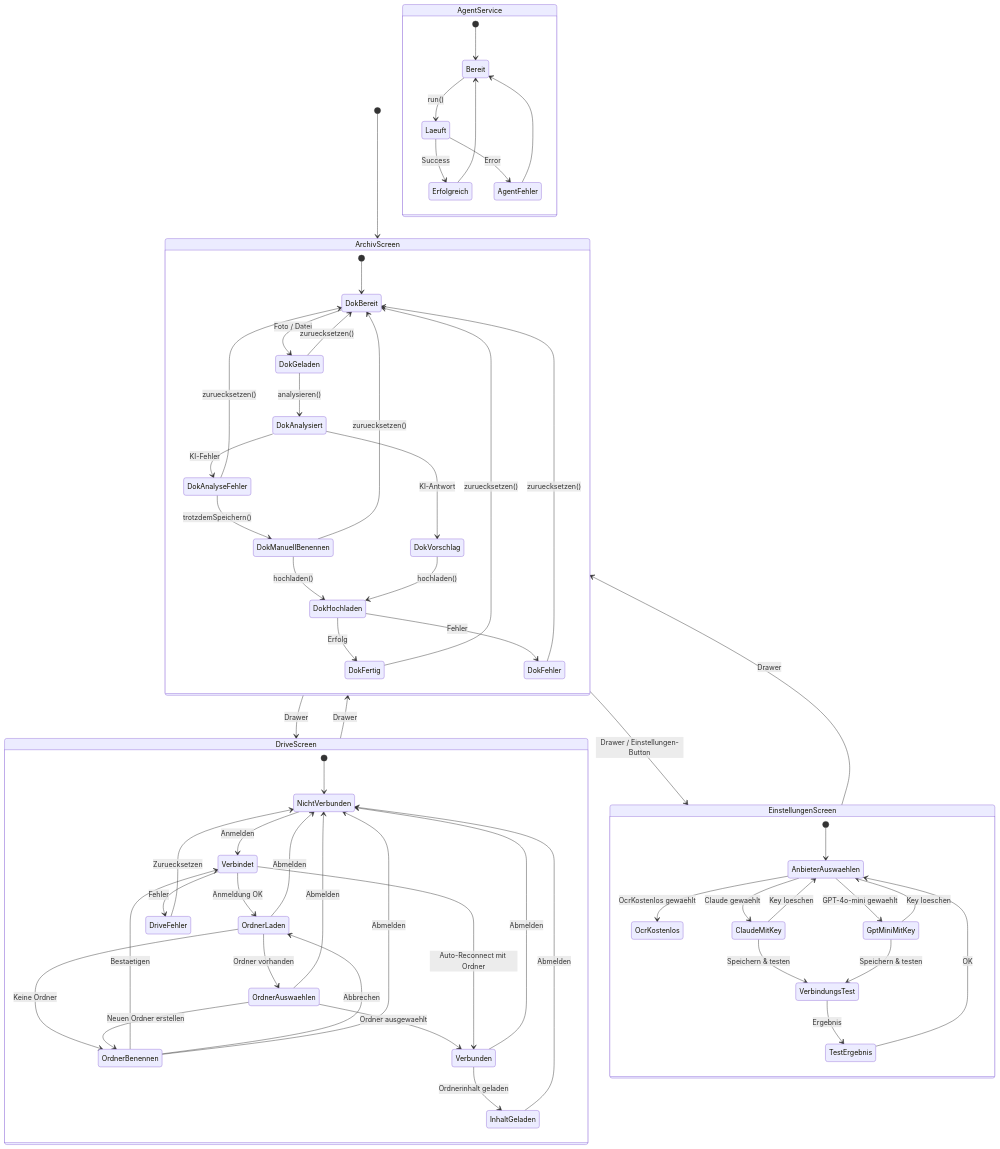
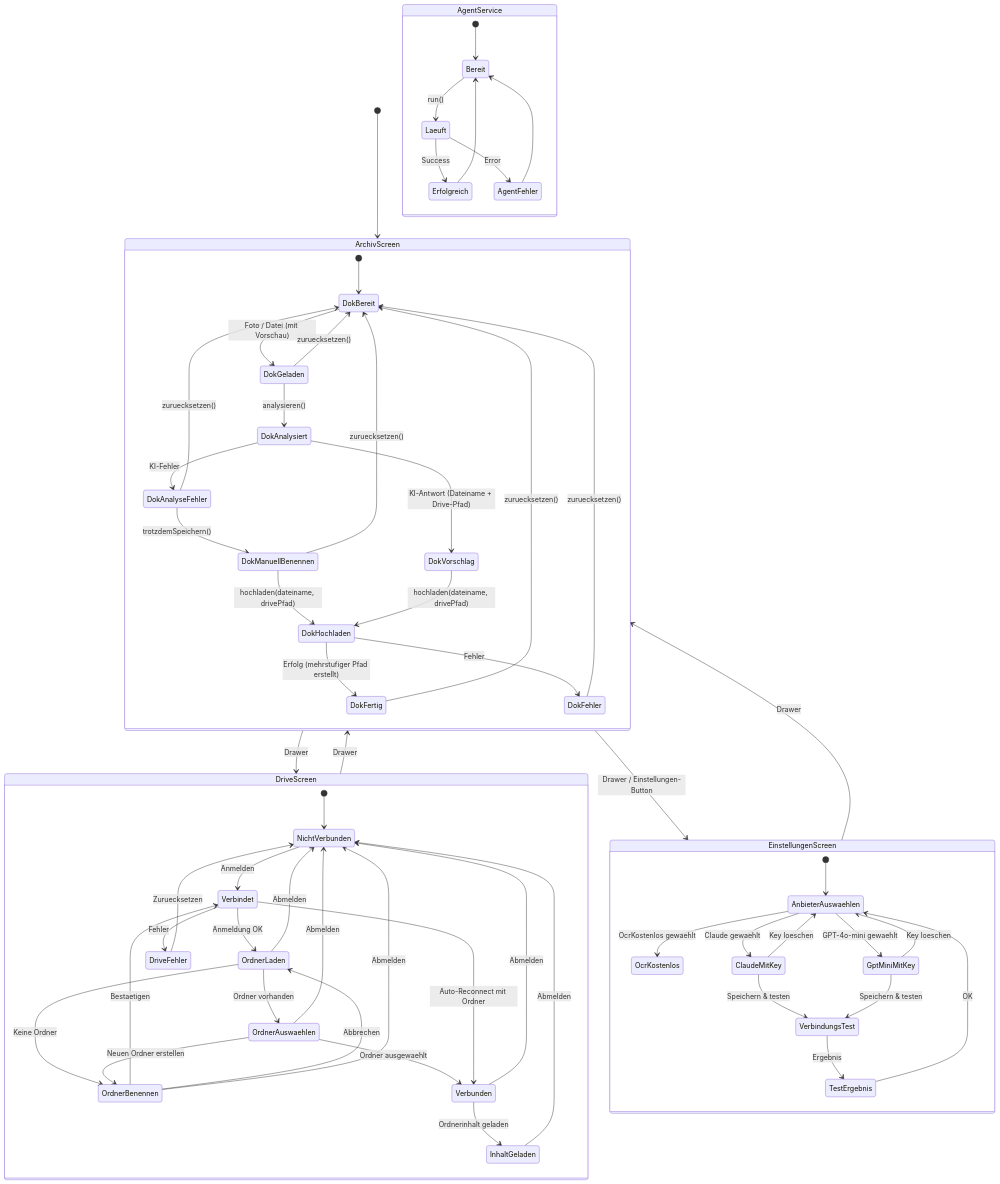
The diagram in docs/state-diagram.mmd (chrismeyer10/PhotoDrop), drawn with Mermaid before and after one commit. The commit also changed 13 other files, not shown here.

First line of the commit message:
feat: Dokumentvorschau, Drive-Pfad-Vorschlag und GPT-Free-Tier-Hinweis (#35)

```diff
--- a/docs/state-diagram.mmd
+++ b/docs/state-diagram.mmd
@@ -1,73 +1,73 @@
 %% PhotoDrop — Gesamt State Diagram
 %% Pflege: Bei jeder Aufgabe aktualisieren wenn sich Zustaende, Screens oder Flows aendern.
 %% Zeigt: App-Navigation, Screen-Zustaende, DriveViewModel-Zustaende, AgentService-Zustaende.
 %% Detail-Diagramme: drive-state-diagram.mmd, navigation-state-diagram.mmd, agent-state-diagram.mmd
 
 stateDiagram-v2
     [*] --> ArchivScreen
 
     ArchivScreen --> DriveScreen : Drawer
     DriveScreen --> ArchivScreen : Drawer
     ArchivScreen --> EinstellungenScreen : Drawer / Einstellungen-Button
     EinstellungenScreen --> ArchivScreen : Drawer
 
     state ArchivScreen {
         [*] --> DokBereit
-        DokBereit --> DokGeladen : Foto / Datei
+        DokBereit --> DokGeladen : Foto / Datei (mit Vorschau)
         DokGeladen --> DokAnalysiert : analysieren()
         DokGeladen --> DokBereit : zuruecksetzen()
-        DokAnalysiert --> DokVorschlag : KI-Antwort
+        DokAnalysiert --> DokVorschlag : KI-Antwort (Dateiname + Drive-Pfad)
         DokAnalysiert --> DokAnalyseFehler : KI-Fehler
         DokAnalyseFehler --> DokManuellBenennen : trotzdemSpeichern()
         DokAnalyseFehler --> DokBereit : zuruecksetzen()
-        DokManuellBenennen --> DokHochladen : hochladen()
+        DokManuellBenennen --> DokHochladen : hochladen(dateiname, drivePfad)
         DokManuellBenennen --> DokBereit : zuruecksetzen()
-        DokVorschlag --> DokHochladen : hochladen()
-        DokHochladen --> DokFertig : Erfolg
+        DokVorschlag --> DokHochladen : hochladen(dateiname, drivePfad)
+        DokHochladen --> DokFertig : Erfolg (mehrstufiger Pfad erstellt)
         DokHochladen --> DokFehler : Fehler
         DokFertig --> DokBereit : zuruecksetzen()
         DokFehler --> DokBereit : zuruecksetzen()
     }
 
     state DriveScreen {
         [*] --> NichtVerbunden
         NichtVerbunden --> Verbindet : Anmelden
         Verbindet --> OrdnerLaden : Anmeldung OK
         OrdnerLaden --> OrdnerAuswaehlen : Ordner vorhanden
         OrdnerLaden --> OrdnerBenennen : Keine Ordner
         OrdnerAuswaehlen --> Verbunden : Ordner ausgewaehlt
         OrdnerAuswaehlen --> OrdnerBenennen : Neuen Ordner erstellen
         OrdnerAuswaehlen --> NichtVerbunden : Abmelden
         OrdnerBenennen --> Verbindet : Bestaetigen
         OrdnerBenennen --> OrdnerLaden : Abbrechen
         OrdnerBenennen --> NichtVerbunden : Abmelden
         OrdnerLaden --> NichtVerbunden : Abmelden
         Verbindet --> Verbunden : Auto-Reconnect mit Ordner
         Verbindet --> DriveFehler : Fehler
         DriveFehler --> NichtVerbunden : Zuruecksetzen
         Verbunden --> InhaltGeladen : Ordnerinhalt geladen
         Verbunden --> NichtVerbunden : Abmelden
         InhaltGeladen --> NichtVerbunden : Abmelden
     }
 
     state EinstellungenScreen {
         [*] --> AnbieterAuswaehlen
         AnbieterAuswaehlen --> OcrKostenlos : OcrKostenlos gewaehlt
         AnbieterAuswaehlen --> ClaudeMitKey : Claude gewaehlt
         AnbieterAuswaehlen --> GptMiniMitKey : GPT-4o-mini gewaehlt
         ClaudeMitKey --> VerbindungsTest : Speichern & testen
         GptMiniMitKey --> VerbindungsTest : Speichern & testen
         VerbindungsTest --> TestErgebnis : Ergebnis
         TestErgebnis --> AnbieterAuswaehlen : OK
         ClaudeMitKey --> AnbieterAuswaehlen : Key loeschen
         GptMiniMitKey --> AnbieterAuswaehlen : Key loeschen
     }
 
     state AgentService {
         [*] --> Bereit
         Bereit --> Laeuft : run()
         Laeuft --> Erfolgreich : Success
         Laeuft --> AgentFehler : Error
         Erfolgreich --> Bereit
         AgentFehler --> Bereit
     }
```
